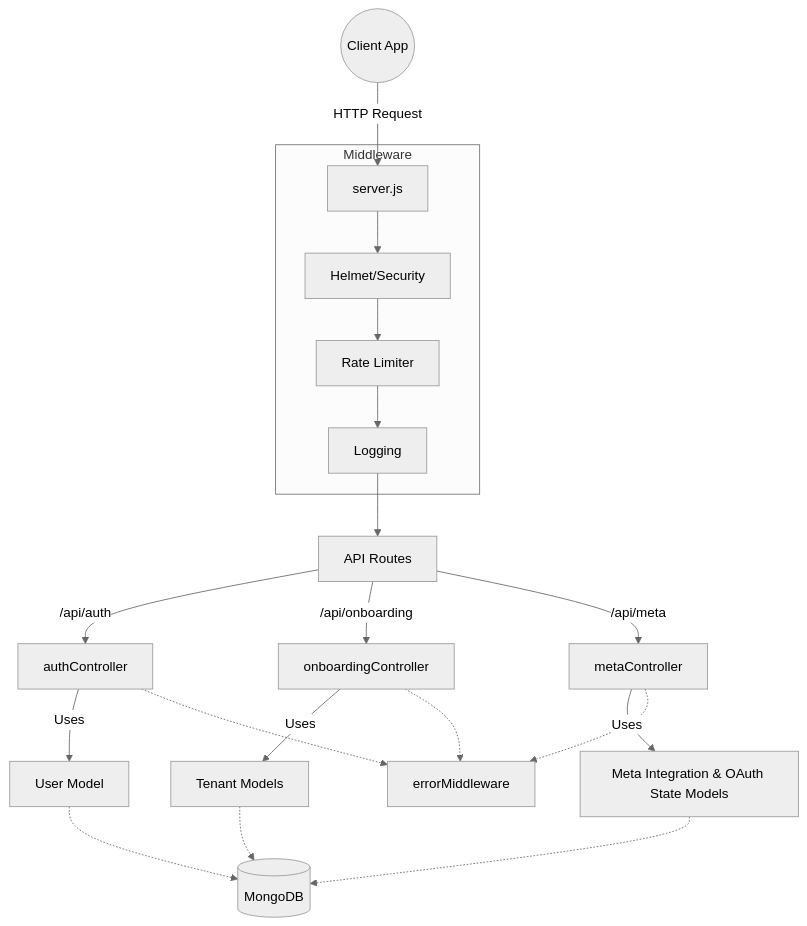
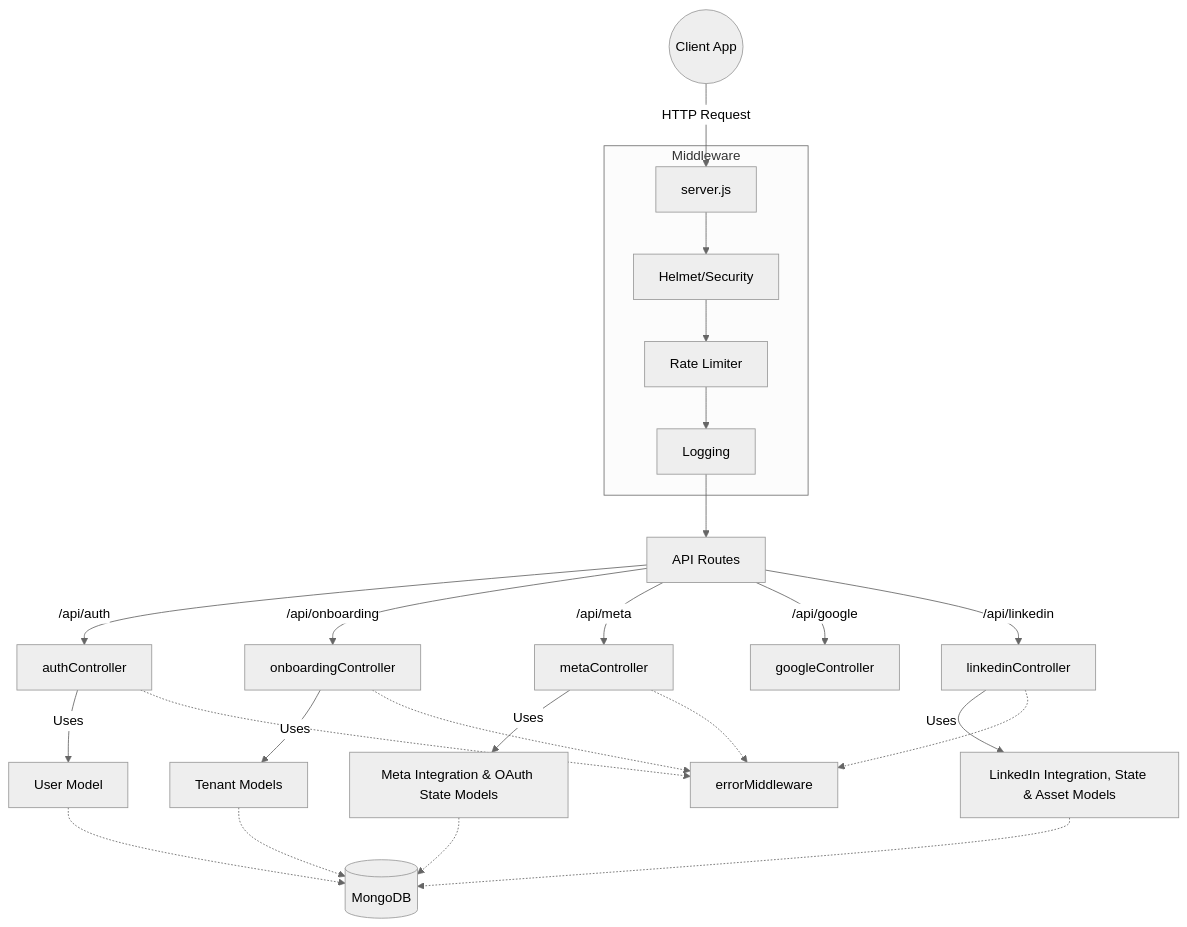
The diagram in README.md (Renoweb-Digital-Solutions/Growth-os-backend), drawn with Mermaid (neutral theme) before and after one commit. The commit also changed other lines of this file and 30 other files, not shown here.

````diff
--- a/README.md
+++ b/README.md
@@ -9,28 +9,33 @@
 ```mermaid
 graph TD
     Client((Client App)) -->|HTTP Request| Server[server.js]
     
     subgraph Middleware
         Server --> Helmet[Helmet/Security]
         Helmet --> RateLimit[Rate Limiter]
         RateLimit --> Morgan[Logging]
     end
     
     Morgan --> Routes[API Routes]
     
     Routes -->|/api/auth| AuthCtrl[authController]
     Routes -->|/api/onboarding| OnboardCtrl[onboardingController]
     Routes -->|/api/meta| MetaCtrl[metaController]
+    Routes -->|/api/google| GoogleCtrl[googleController]
+    Routes -->|/api/linkedin| LinkedInCtrl[linkedinController]
     
     AuthCtrl -->|Uses| UserMod[User Model]
     OnboardCtrl -->|Uses| TenantMod[Tenant Models]
     MetaCtrl -->|Uses| MetaMod[Meta Integration & OAuth State Models]
+    LinkedInCtrl -->|Uses| LinkedInMod[LinkedIn Integration, State & Asset Models]
     
     UserMod -.-> DB[(MongoDB)]
     TenantMod -.-> DB
     MetaMod -.-> DB
+    LinkedInMod -.-> DB
     
     AuthCtrl -.-> ErrorMid[errorMiddleware]
     OnboardCtrl -.-> ErrorMid
     MetaCtrl -.-> ErrorMid
+    LinkedInCtrl -.-> ErrorMid
 ```
````
